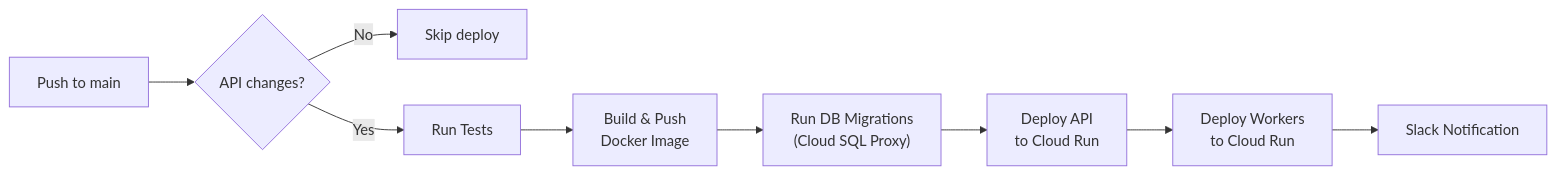
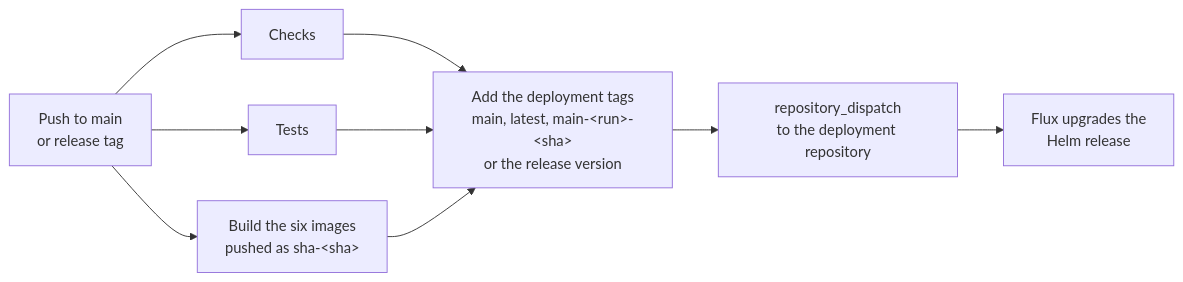
One commit to bayesimpact/bayes-platform changed the third of 3 diagrams in docs/architecture.md. Above: the diagram before and after it, drawn with Mermaid. The commit also changed other lines of this file, not shown here.

Commit message:
docs: architecture describes the publish-images pipeline

````diff
--- a/docs/architecture.md
+++ b/docs/architecture.md
@@ -157,11 +157,11 @@
 ```mermaid
 flowchart LR
-    PUSH["Push to main"] --> DETECT{"API changes?"}
-    DETECT -- No --> SKIP["Skip deploy"]
-    DETECT -- Yes --> TEST["Run Tests"]
-    TEST --> BUILD["Build & Push<br/>Docker Image"]
-    BUILD --> MIGRATE["Run DB Migrations<br/>(Cloud SQL Proxy)"]
-    MIGRATE --> DEPLOY_API["Deploy API<br/>to Cloud Run"]
-    DEPLOY_API --> DEPLOY_WORKERS["Deploy Workers<br/>to Cloud Run"]
-    DEPLOY_WORKERS --> NOTIFY["Slack Notification"]
+    PUSH["Push to main<br/>or release tag"] --> CHECKS["Checks"]
+    PUSH --> TEST["Tests"]
+    PUSH --> BUILD["Build the six images<br/>pushed as sha-&lt;sha&gt;"]
+    CHECKS --> PUBLISH
+    TEST --> PUBLISH
+    BUILD --> PUBLISH["Add the deployment tags<br/>main, latest, main-&lt;run&gt;-&lt;sha&gt;<br/>or the release version"]
+    PUBLISH --> NOTIFY["repository_dispatch<br/>to the deployment repository"]
+    NOTIFY --> FLUX["Flux upgrades the<br/>Helm release"]
 ```
````
